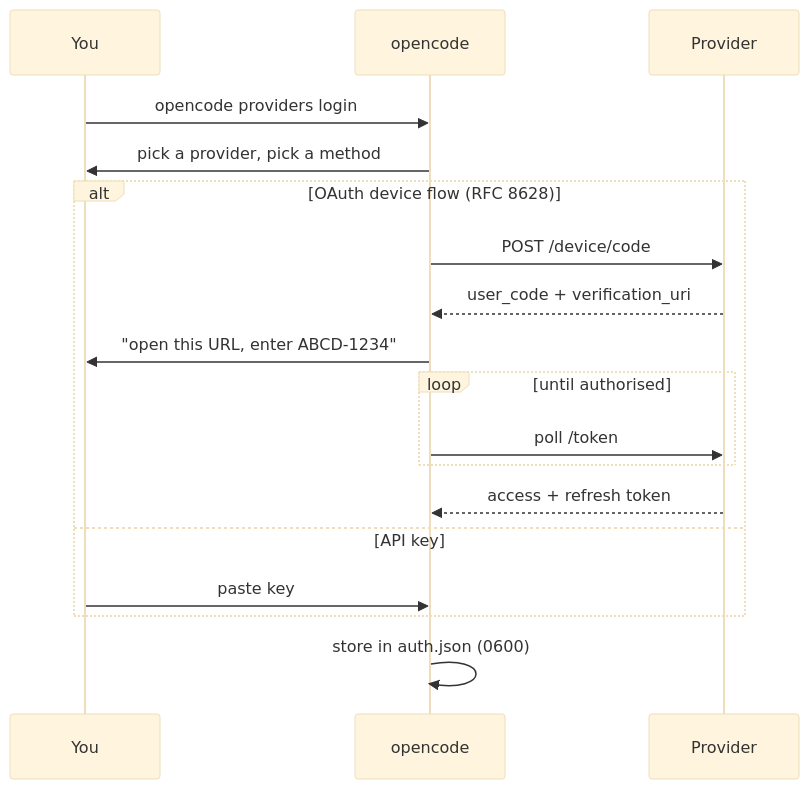
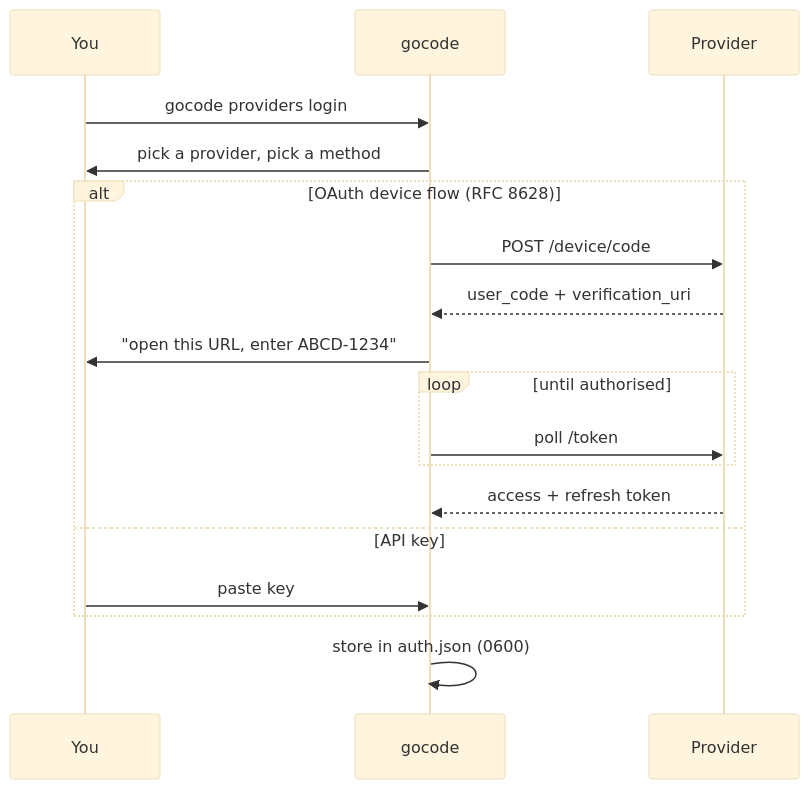
One commit to langazov/gocode changed the third of 4 diagrams in documentation/04-providers.md. Above: the diagram before and after it, drawn with Mermaid (base theme). The commit also changed other lines of this file and 269 other files, not shown here.

````diff
--- a/documentation/04-providers.md
+++ b/documentation/04-providers.md
@@ -106,21 +106,21 @@
 ```mermaid
 sequenceDiagram
   participant U as You
-  participant C as opencode
+  participant C as gocode
   participant P as Provider
 
-  U->>C: opencode providers login
+  U->>C: gocode providers login
   C->>U: pick a provider, pick a method
   alt OAuth device flow (RFC 8628)
     C->>P: POST /device/code
     P-->>C: user_code + verification_uri
     C->>U: "open this URL, enter ABCD-1234"
     loop until authorised
       C->>P: poll /token
     end
     P-->>C: access + refresh token
   else API key
     U->>C: paste key
   end
   C->>C: store in auth.json (0600)
 ```
````
